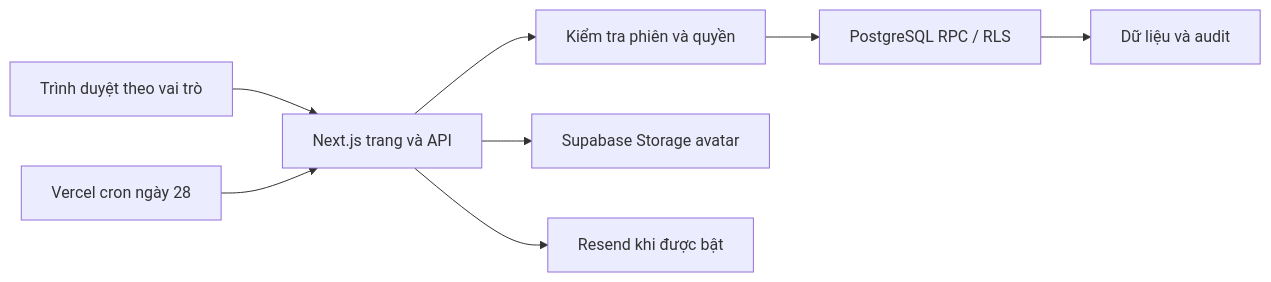
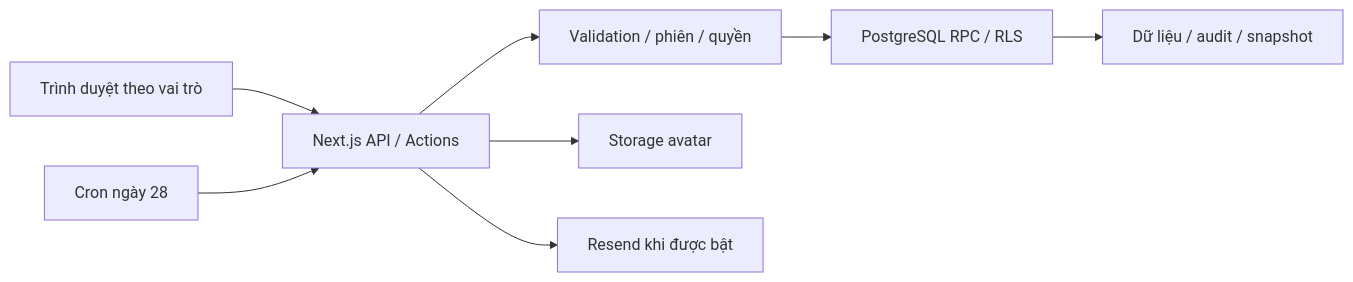
One commit to thiennhan13/CtyGiaDinhCSAT changed the second of 2 diagrams in docs/ARCHITECTURE.md. Above: the diagram before and after it, drawn with Mermaid. The commit also changed other lines of this file and 108 other files, not shown here.

````diff
--- a/docs/ARCHITECTURE.md
+++ b/docs/ARCHITECTURE.md
@@ -35,10 +51,10 @@
 ```mermaid
 flowchart LR
-    U[Trình duyệt theo vai trò] --> N[Next.js trang và API]
-    N --> A[Kiểm tra phiên và quyền]
+    U[Trình duyệt theo vai trò] --> N[Next.js API / Actions]
+    N --> A[Validation / phiên / quyền]
     A --> R[PostgreSQL RPC / RLS]
-    R --> D[Dữ liệu và audit]
-    N --> S[Supabase Storage avatar]
+    R --> D[Dữ liệu / audit / snapshot]
+    N --> S[Storage avatar]
     N --> E[Resend khi được bật]
-    V[Vercel cron ngày 28] --> N
+    V[Cron ngày 28] --> N
 ```
````
